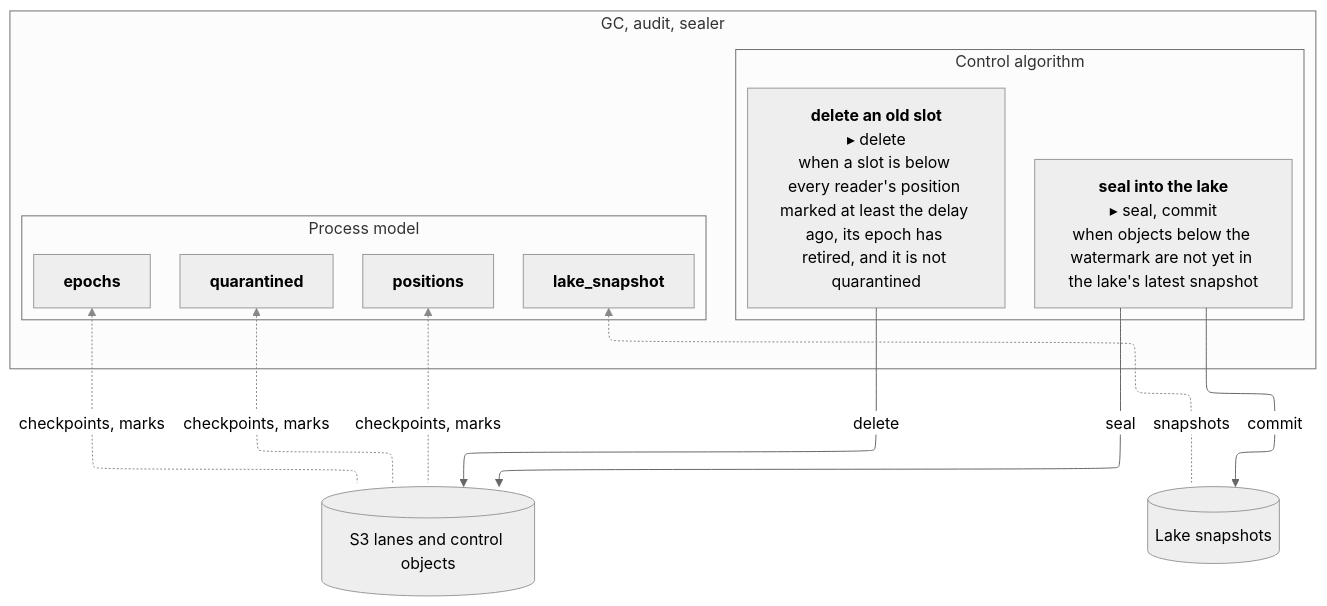
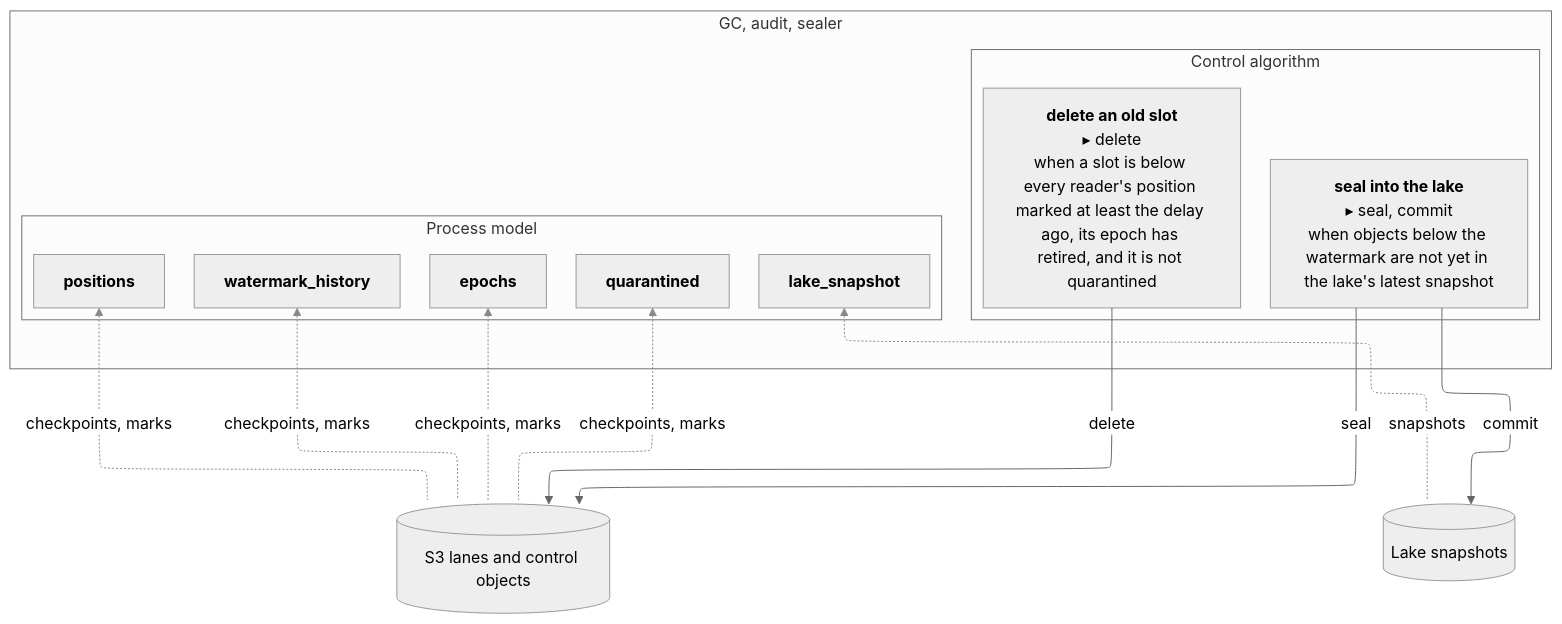
The diagram in otel-chdb/stpa/generated/controller-gc.mmd (casselc/observability), drawn with Mermaid (neutral theme) before and after one commit. The commit also changed 31 other files, not shown here.

First line of the commit message:
otel-chdb: watermark history in the consumer (NOT VERIFIED: not compiled), docs, IAM, STPA variables

```diff
--- a/otel-chdb/stpa/generated/controller-gc.mmd
+++ b/otel-chdb/stpa/generated/controller-gc.mmd
@@ -1,29 +1,31 @@
 ---
 config:
   layout: elk
 ---
 flowchart TB
   %% Generated by otel-chdb/stpa/tools from records/controller-ac2fd1.md and structure.yaml. Do not edit.
   subgraph C["GC, audit, sealer"]
     subgraph CA["Control algorithm"]
       r1["<b>delete an old slot</b><br/>▸ delete<br/>when a slot is below every reader's position marked at least the delay ago, its epoch has retired, and it is not quarantined"]
       r2["<b>seal into the lake</b><br/>▸ seal, commit<br/>when objects below the watermark are not yet in the lake's latest snapshot"]
     end
     subgraph PM["Process model"]
       v1["<b>positions</b>"]
       v2["<b>epochs</b>"]
       v3["<b>quarantined</b>"]
       v4["<b>lake_snapshot</b>"]
+      v5["<b>watermark_history</b>"]
     end
   end
   n21e324[("S3 lanes and control objects")]
   r1 -->|delete| n21e324
   r2 -->|seal| n21e324
   v1 fb1@<-.->|checkpoints, marks| n21e324
   v2 fb2@<-.->|checkpoints, marks| n21e324
   v3 fb3@<-.->|checkpoints, marks| n21e324
+  v5 fb4@<-.->|checkpoints, marks| n21e324
   nb29392[("Lake snapshots")]
   r2 -->|commit| nb29392
-  v4 fb4@<-.->|snapshots| nb29392
+  v4 fb5@<-.->|snapshots| nb29392
   classDef fb stroke:#888,marker-end:none
-  class fb1,fb2,fb3,fb4 fb
+  class fb1,fb2,fb3,fb4,fb5 fb
```
